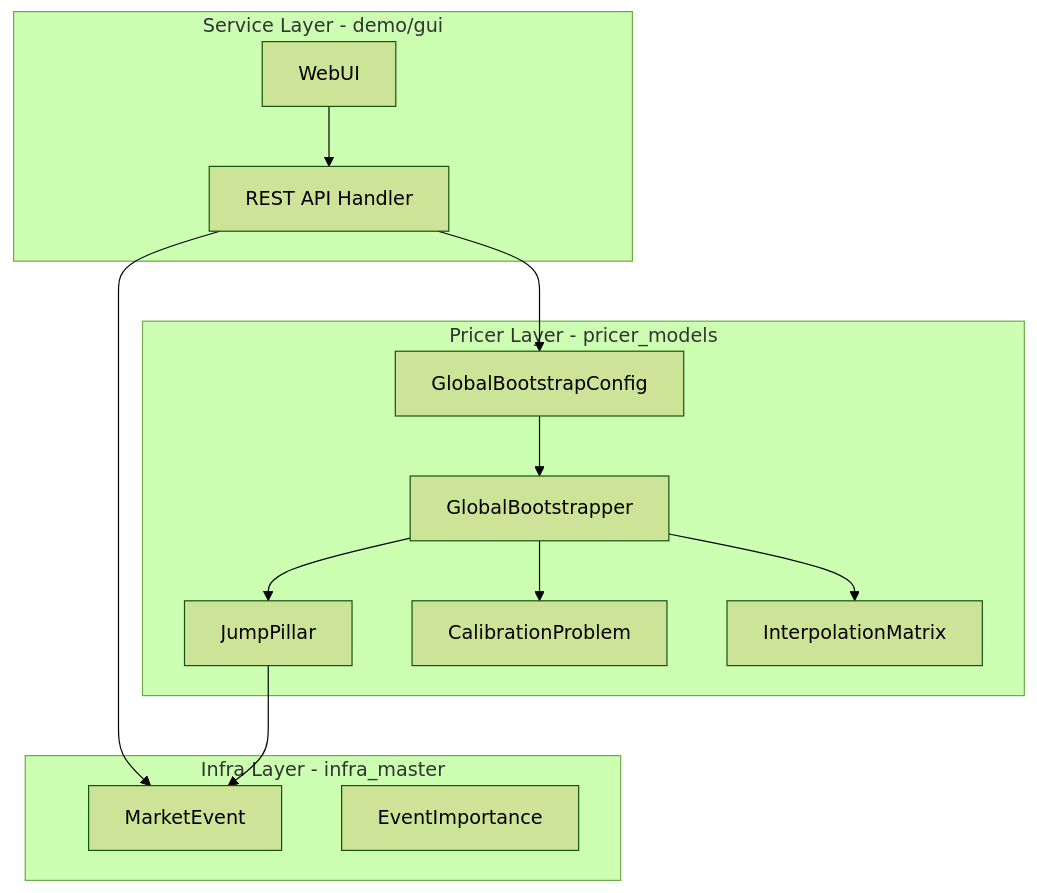
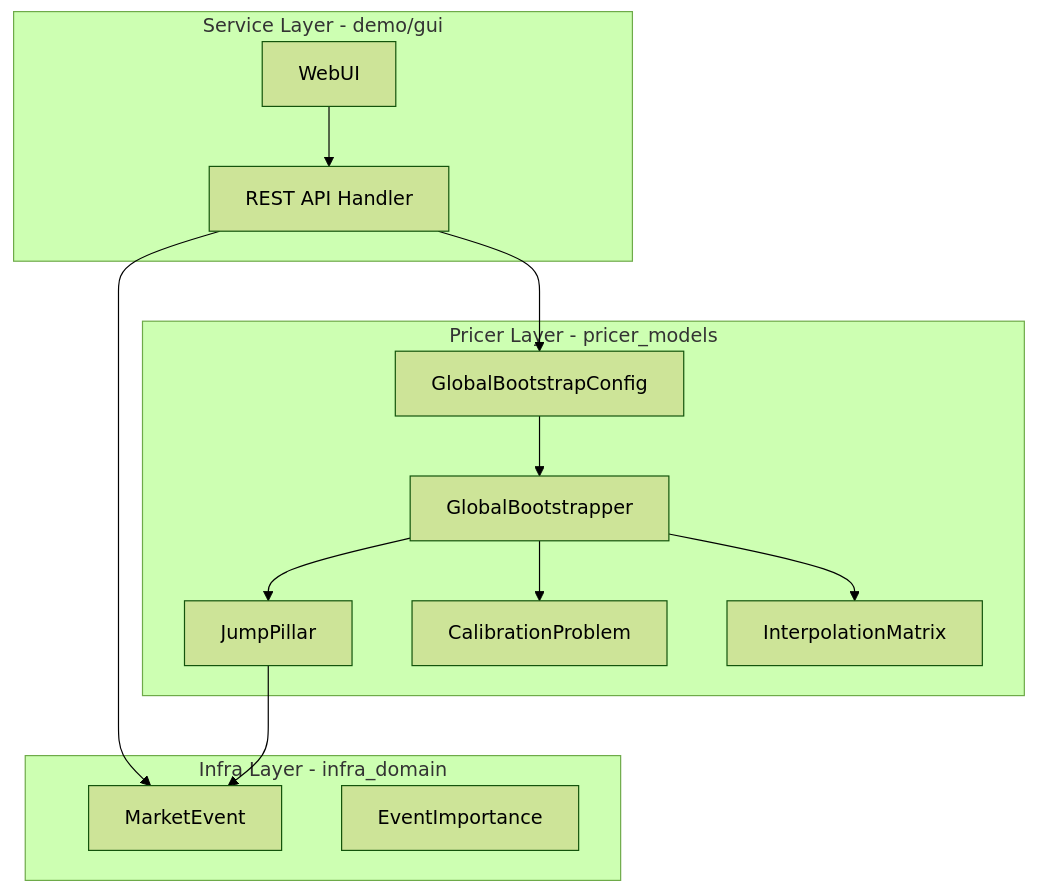
One commit to neutryx-lab/neutryx-rust changed the first of 3 diagrams in .kiro/specs/cb-meeting-jump-calibration/design.md. Above: the diagram before and after it, drawn with Mermaid (forest theme). The commit also changed other lines of this file and 303 other files, not shown here.

First line of the commit message:
Refactor imports from `infra_master` to `infra_domain`

````diff
--- a/.kiro/specs/cb-meeting-jump-calibration/design.md
+++ b/.kiro/specs/cb-meeting-jump-calibration/design.md
@@ -48,29 +48,29 @@
 ```mermaid
 graph TB
     subgraph ServiceLayer[Service Layer - demo/gui]
         API[REST API Handler]
         UI[WebUI]
     end
 
     subgraph PricerLayer[Pricer Layer - pricer_models]
         GBC[GlobalBootstrapConfig]
         GB[GlobalBootstrapper]
         JP[JumpPillar]
         CP[CalibrationProblem]
         IM[InterpolationMatrix]
     end
 
-    subgraph InfraLayer[Infra Layer - infra_master]
+    subgraph InfraLayer[Infra Layer - infra_domain]
         ME[MarketEvent]
         EI[EventImportance]
     end
 
     UI --> API
     API --> GBC
     API --> ME
     GBC --> GB
     GB --> CP
     GB --> JP
     GB --> IM
     JP --> ME
 ```
````
